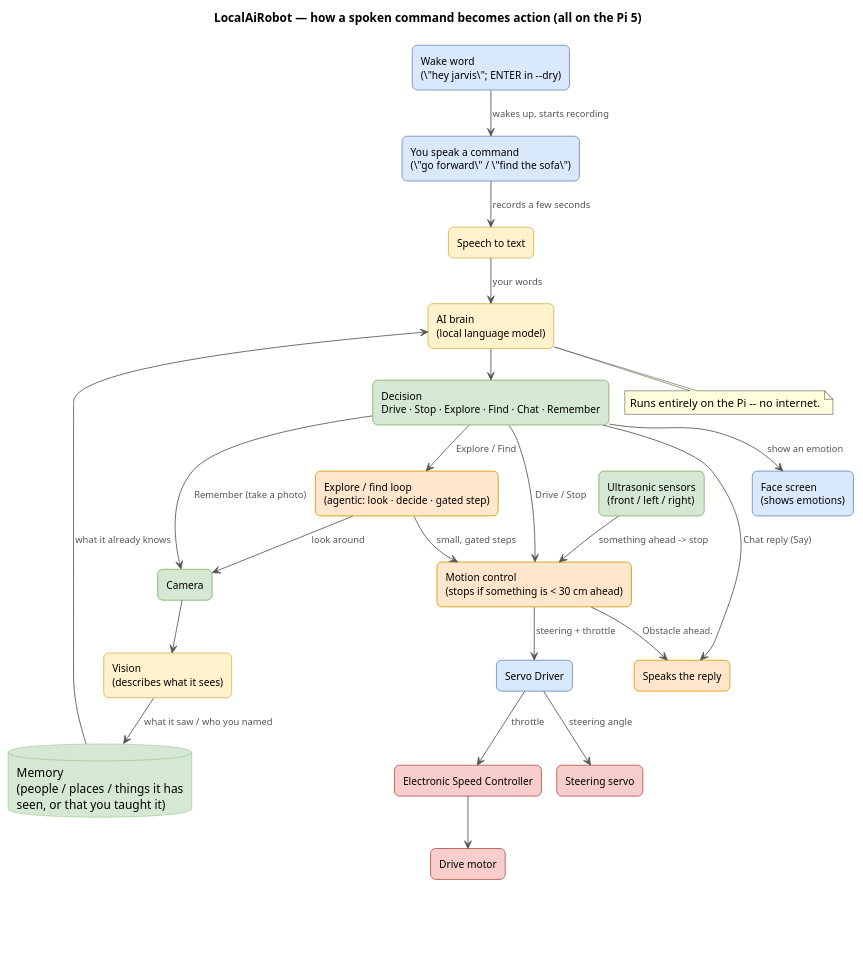
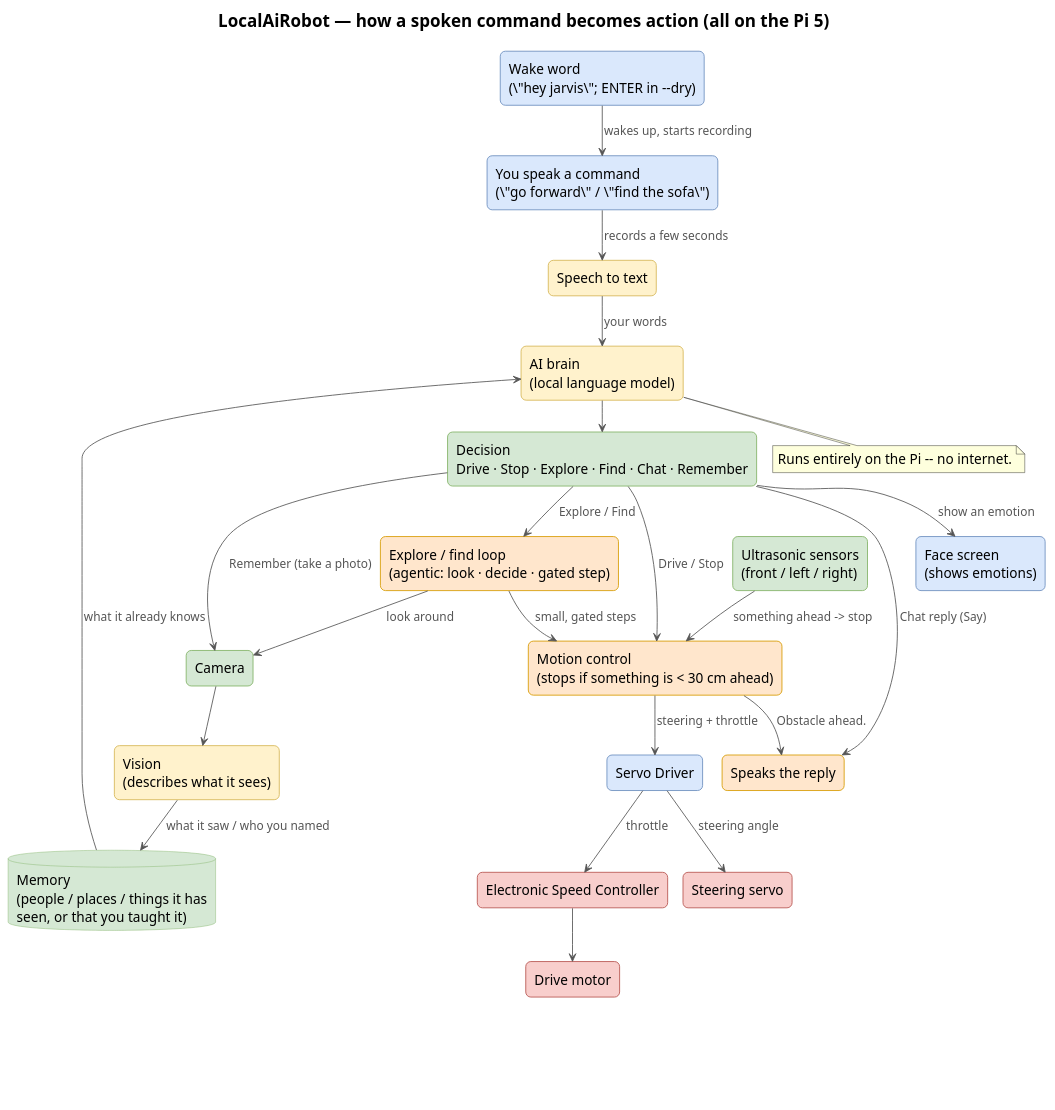
One commit to shen747/LocalAiRobot changed the diagram in docs/images/basic_control_flow.puml. Above: the diagram before and after it, drawn with PlantUML. The commit also changed 8 other files, not shown here.

Commit message:
update diagrams and fix explore json parser fix

```diff
--- a/docs/images/basic_control_flow.puml
+++ b/docs/images/basic_control_flow.puml
@@ -1,105 +1,107 @@
 @startuml basic_control_flow
 ' LocalAiRobot — how a spoken command becomes action (everything runs on the Pi 5).
 ' This source lives next to its render. Regenerate in place (writes basic_control_flow.png here):
 '   plantuml -tpng docs/images/basic_control_flow.puml
 ' No Graphviz needed: !pragma layout smetana uses PlantUML's pure-Java layout engine.
 '
 ' Deliberately plain-English labels (no part numbers / bus jargon). Stages read TOP-TO-BOTTOM and are
 ' grouped by COLOUR, not by boxes: smetana crashes (IllegalStateException in mincross) on nested
 ' "rectangle { }" containers once edges cross between them. Real boxed groups would need Graphviz.
 '   COLOUR KEY:  blue = you / audio in   yellow = the AI   green = data it works with
 '                orange = control logic   red = the motors/wheels
 !pragma layout smetana
 hide stereotype
 title LocalAiRobot — how a spoken command becomes action (all on the Pi 5)
 
 skinparam backgroundColor white
 skinparam shadowing false
 skinparam defaultFontName Helvetica
+skinparam defaultFontSize 16
+skinparam TitleFontSize 20
 skinparam ArrowColor #555555
 skinparam ArrowFontColor #555555
-skinparam ArrowFontSize 11
+skinparam ArrowFontSize 14
 skinparam databaseBackgroundColor #D5E8D4
 skinparam databaseBorderColor #82B366
 skinparam rectangle {
   RoundCorner 12
-  FontSize 12
+  FontSize 16
   BorderThickness 1
   BackgroundColor<<io>> #DAE8FC
   BorderColor<<io>> #6C8EBF
   BackgroundColor<<model>> #FFF2CC
   BorderColor<<model>> #D6B656
   BackgroundColor<<data>> #D5E8D4
   BorderColor<<data>> #82B366
   BackgroundColor<<motor>> #F8CECC
   BorderColor<<motor>> #B85450
   BackgroundColor<<proc>> #FFE6CC
   BorderColor<<proc>> #D79B00
   BackgroundColor<<pad>> #FFFFFF
   BorderColor<<pad>> #FFFFFF
 }
 top to bottom direction
 
 ' ---------- 1. LISTEN (blue): the wake word comes first, THEN you speak ----------
 rectangle "Wake word\n(\"hey jarvis\"; ENTER in --dry)" as wake <<io>>
 rectangle "You speak a command\n(\"go forward\" / \"find the sofa\")" as voice <<io>>
 rectangle "Speech to text" as stt <<model>>
 
 ' ---------- 2. THINK (yellow = AI, green = data) ----------
 rectangle "AI brain\n(local language model)" as brain <<model>>
 database "Memory\n(people / places / things it has\nseen, or that you taught it)" as mem
 rectangle "Decision\nDrive · Stop · Explore · Find · Chat · Remember" as decision <<data>>
 
 ' ---------- 3. SEE (green) ----------
 rectangle "Camera" as cam <<data>>
 rectangle "Vision\n(describes what it sees)" as vision <<model>>
 
 ' ---------- 4. ACT (orange = control, red = motors) ----------
 rectangle "Explore / find loop\n(agentic: look · decide · gated step)" as explore <<proc>>
 rectangle "Ultrasonic sensors\n(front / left / right)" as sensors <<data>>
 rectangle "Motion control\n(stops if something is < 30 cm ahead)" as motion <<proc>>
 rectangle "Servo Driver" as servodrv <<io>>
 rectangle "Electronic Speed Controller" as esc <<motor>>
 rectangle "Drive motor" as dmotor <<motor>>
 rectangle "Steering servo" as servo <<motor>>
 
 ' ---------- 5. RESPOND (blue / orange) ----------
 rectangle "Speaks the reply" as tts <<proc>>
 rectangle "Face screen\n(shows emotions)" as face <<io>>
 
 ' ---------- the main path: wake word -> you talk -> it understands -> it decides ----------
 wake --> voice : wakes up, starts recording
 voice --> stt : records a few seconds
 stt --> brain : your words
 mem --> brain : what it already knows
 brain --> decision
 
 ' ---------- what the decision leads to ----------
 decision --> motion : Drive / Stop
 decision --> explore : Explore / Find
 decision --> cam : Remember (take a photo)
 decision --> tts : Chat reply (Say)
 decision --> face : show an emotion
 
 ' ---------- seeing + remembering ----------
 cam --> vision
 vision --> mem : what it saw / who you named
 explore --> cam : look around
 explore --> motion : small, gated steps
 
 ' ---------- driving the wheels ----------
 sensors --> motion : something ahead -> stop
 motion --> tts : "Obstacle ahead."
 motion --> servodrv : steering + throttle
 servodrv --> esc : throttle
 esc --> dmotor
 servodrv --> servo : steering angle
 
 ' blank, invisible box (white-on-white) to leave breathing room below the last box (Drive motor)
 rectangle " \n \n " as pad <<pad>>
 dmotor -[hidden]-> pad
 
 note bottom of brain
   Runs entirely on the Pi -- no internet.
 end note
 @enduml
```
